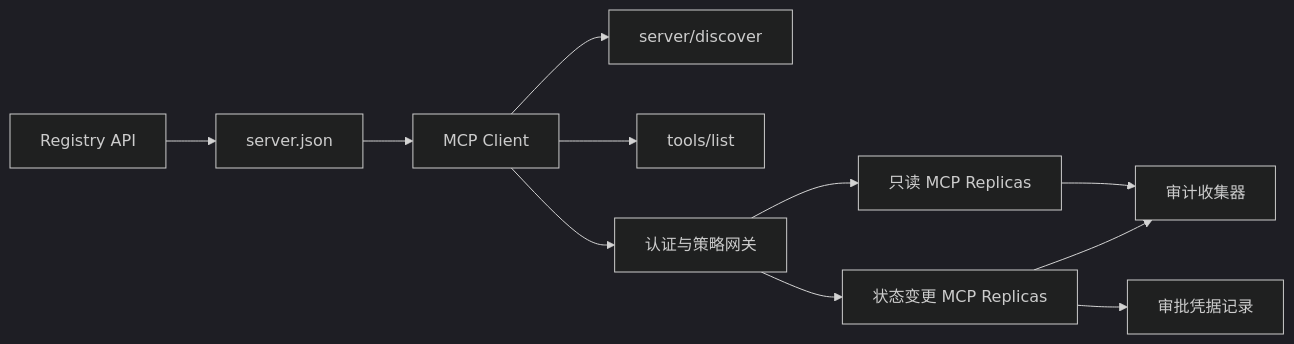
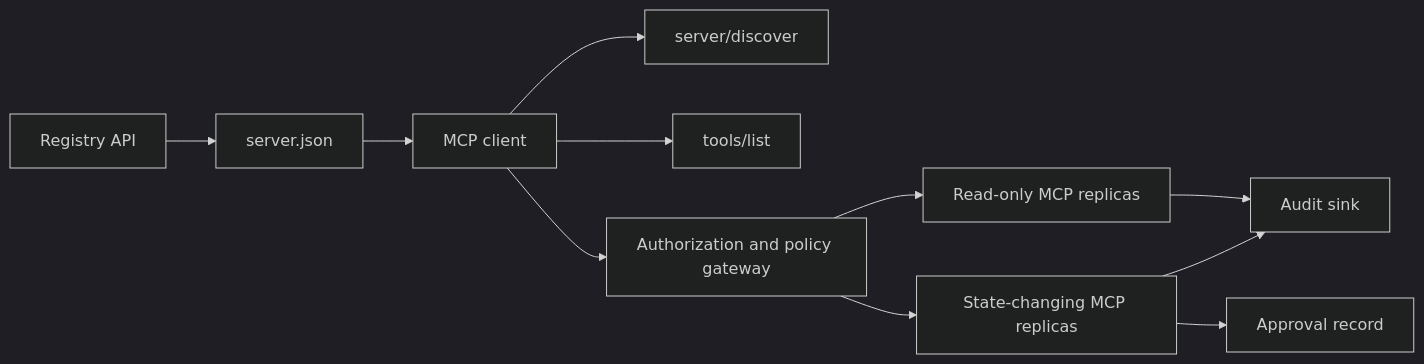
Before and after one commit to cluster1900/ai-engineering-from-scratch-zh: the diagram in phases/19-capstone-projects/13-mcp-server-with-registry/docs/en.md, drawn with Mermaid (dark theme). The commit also changed other lines of this file and 4 other files, not shown here.

Commit message:
fix(mcp-lessons): address #66 review; restore upstream code blocks; full paragraph re-audit

````diff
--- a/phases/19-capstone-projects/13-mcp-server-with-registry/docs/en.md
+++ b/phases/19-capstone-projects/13-mcp-server-with-registry/docs/en.md
@@ -151,13 +151,13 @@
 ```mermaid
 flowchart LR
   R[Registry API] --> J[server.json]
-  J --> C[MCP Client]
+  J --> C[MCP client]
   C --> D[server/discover]
   C --> L[tools/list]
-  C --> G[认证与策略网关]
-  G --> RO[只读 MCP Replicas]
-  G --> RW[状态变更 MCP Replicas]
-  RO --> A[审计收集器]
-  RW --> H[审批凭据记录]
+  C --> G[Authorization and policy gateway]
+  G --> RO[Read-only MCP replicas]
+  G --> RW[State-changing MCP replicas]
+  RO --> A[Audit sink]
+  RW --> H[Approval record]
   RW --> A
 ```
````
